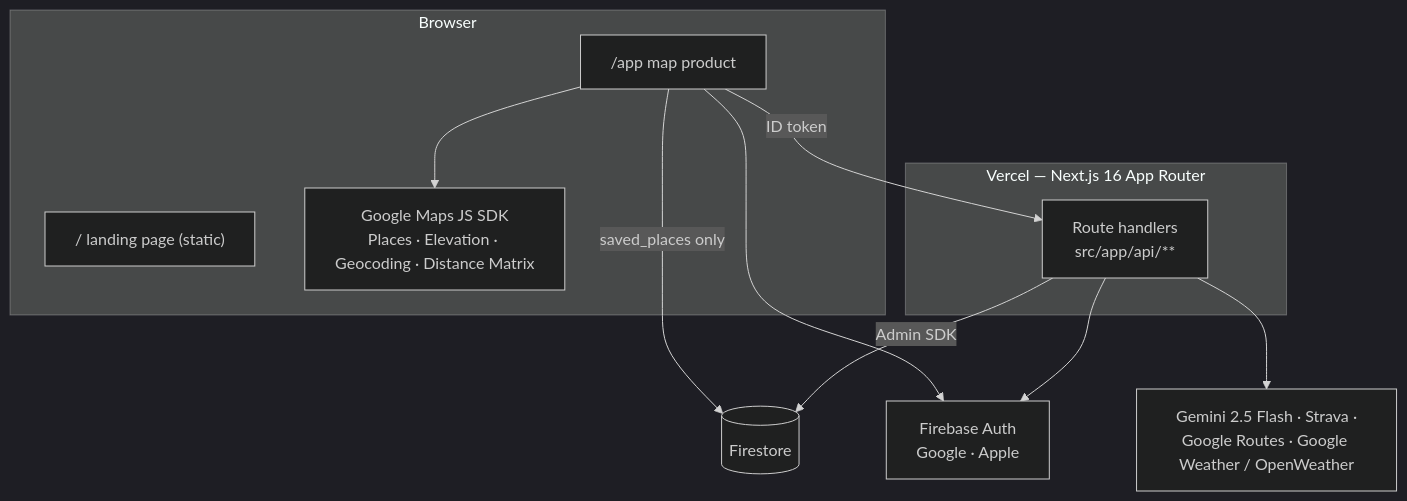
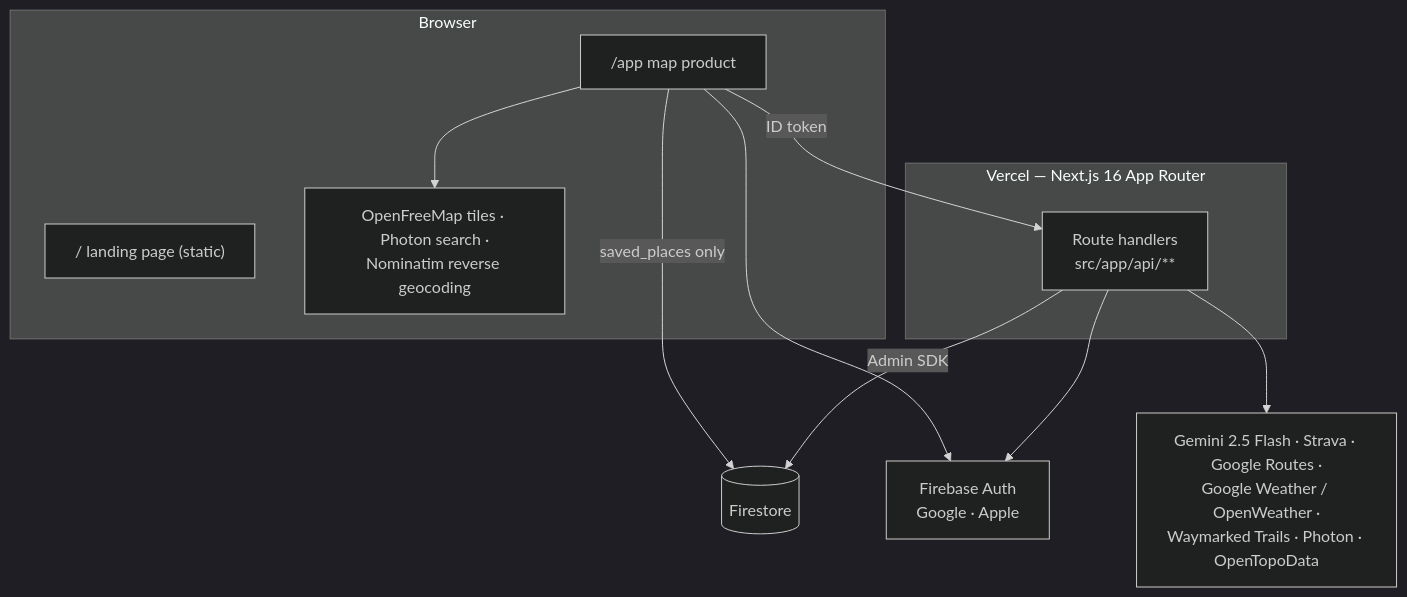
Before and after one commit to Oweeboi011/Fit-Ready-IQ: the first of 5 diagrams in docs/guides/architecture.md, drawn with Mermaid (dark theme). The commit also changed other lines of this file and 47 other files, not shown here.

````diff
--- a/docs/guides/architecture.md
+++ b/docs/guides/architecture.md
@@ -10,22 +10,22 @@
 ```mermaid
 flowchart TB
     subgraph Browser
         L["/ landing page (static)"]
         M["/app map product"]
-        GM["Google Maps JS SDK<br/>Places · Elevation · Geocoding · Distance Matrix"]
+        OSM["OpenFreeMap tiles · Photon search ·<br/>Nominatim reverse geocoding"]
     end
     subgraph Vercel["Vercel — Next.js 16 App Router"]
         API["Route handlers<br/>src/app/api/**"]
     end
     FS[("Firestore")]
     FA["Firebase Auth<br/>Google · Apple"]
-    EXT["Gemini 2.5 Flash · Strava ·<br/>Google Routes · Google Weather / OpenWeather"]
+    EXT["Gemini 2.5 Flash · Strava · Google Routes ·<br/>Google Weather / OpenWeather ·<br/>Waymarked Trails · Photon · OpenTopoData"]
 
-    M --> GM
+    M --> OSM
     M -->|ID token| API
     M -->|saved_places only| FS
     M --> FA
     API -->|Admin SDK| FS
     API --> FA
     API --> EXT
 ```
````
